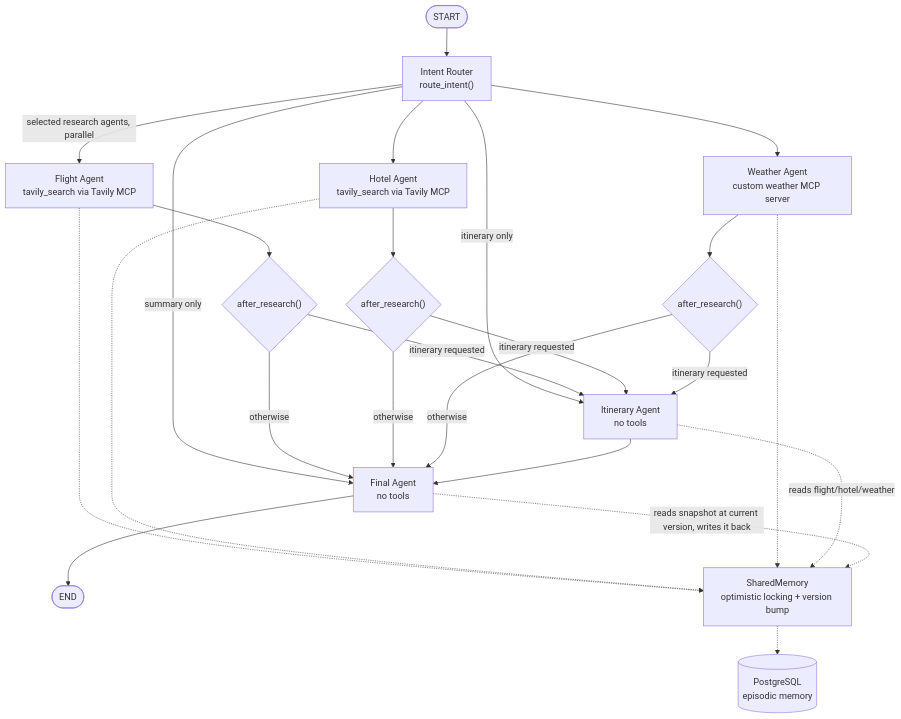
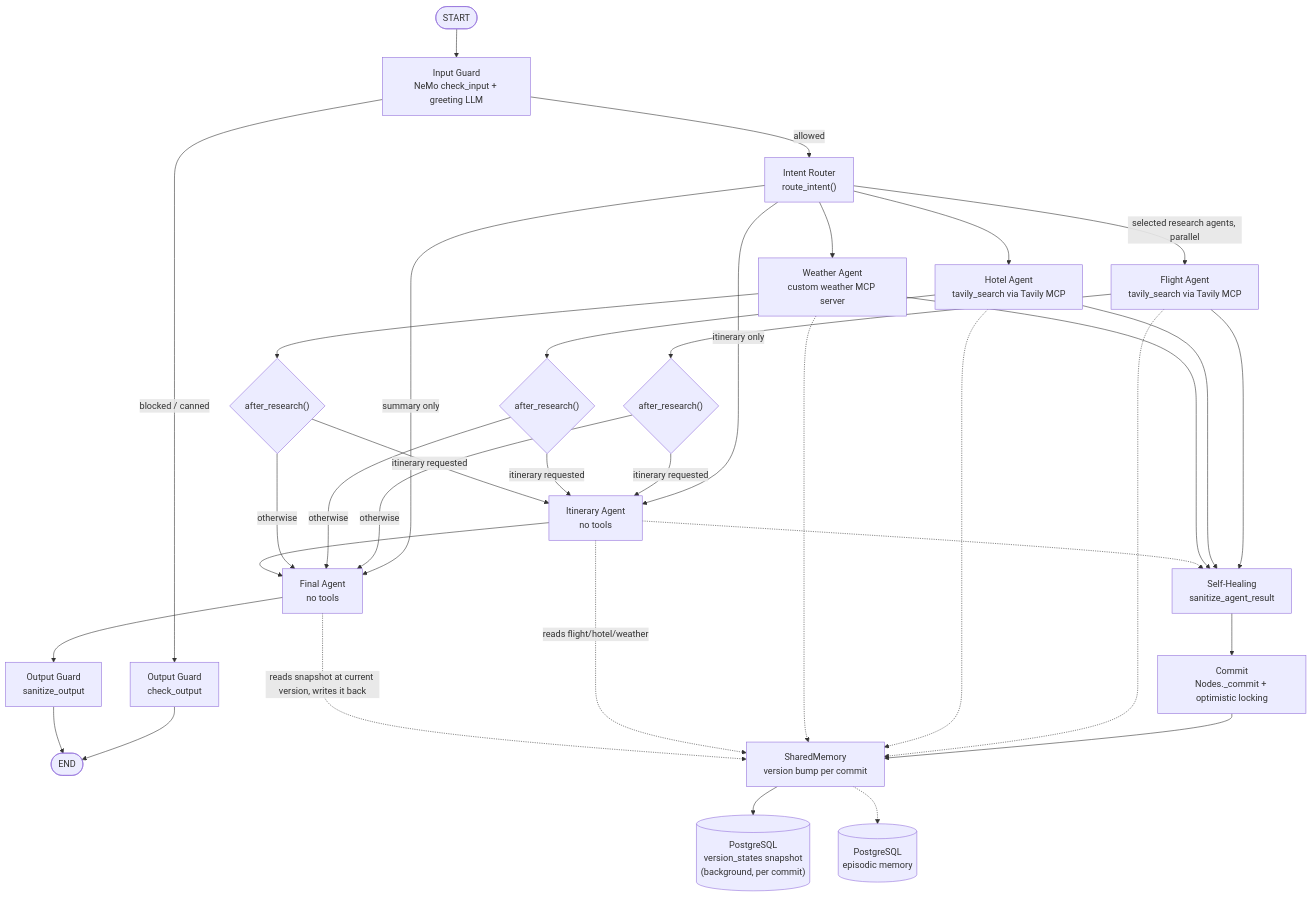
The second of 2 diagrams in README.md (mohamed2012004/Travel-Mate-AI), drawn with Mermaid before and after one commit. The commit also changed other lines of this file, not shown here.

Commit message:
feat(architecture): enhance NeMo Guardrails integration and self-healing mechanisms in workflow

````diff
--- a/README.md
+++ b/README.md
@@ -83,29 +98,41 @@
 ```mermaid
 flowchart TD
-    START([START]) --> Router["Intent Router<br/>route_intent()"]
+    START([START]) --> INGUARD["Input Guard<br/>NeMo check_input + greeting LLM"]
+    INGUARD -->|blocked / canned| OUTGUARD["Output Guard<br/>check_output"]
+    INGUARD -->|allowed| Router["Intent Router<br/>route_intent()"]
+    OUTGUARD --> END([END])
     Router -->|selected research agents, parallel| Flight["Flight Agent<br/>tavily_search via Tavily MCP"]
     Router --> Hotel["Hotel Agent<br/>tavily_search via Tavily MCP"]
     Router --> Weather["Weather Agent<br/>custom weather MCP server"]
     Router -->|itinerary only| Itinerary["Itinerary Agent<br/>no tools"]
     Router -->|summary only| Final["Final Agent<br/>no tools"]
+
+    Flight --> SH["Self-Healing<br/>sanitize_agent_result"]
+    Hotel --> SH
+    Weather --> SH
+    SH --> Commit["Commit<br/>Nodes._commit + optimistic locking"]
+    Commit --> SM["SharedMemory<br/>version bump per commit"]
+    SM --> VersDB[("PostgreSQL<br/>version_states snapshot<br/>(background, per commit)")]
+    Itinerary -.-> SH
 
     Flight --> After1{"after_research()"}
     Hotel --> After2{"after_research()"}
     Weather --> After3{"after_research()"}
     After1 -->|itinerary requested| Itinerary
     After2 -->|itinerary requested| Itinerary
     After3 -->|itinerary requested| Itinerary
     After1 -->|otherwise| Final
     After2 -->|otherwise| Final
     After3 -->|otherwise| Final
 
     Itinerary --> Final
-    Final --> END([END])
+    Final --> OUTGUARD2["Output Guard<br/>sanitize_output"]
+    OUTGUARD2 --> END
 
-    Flight -.-> SM["SharedMemory<br/>optimistic locking + version bump"]
+    Flight -.-> SM
     Hotel -.-> SM
     Weather -.-> SM
     Itinerary -.->|reads flight/hotel/weather| SM
     Final -.->|reads snapshot at current version, writes it back| SM
     SM -.-> PG[("PostgreSQL<br/>episodic memory")]
 ```
````
